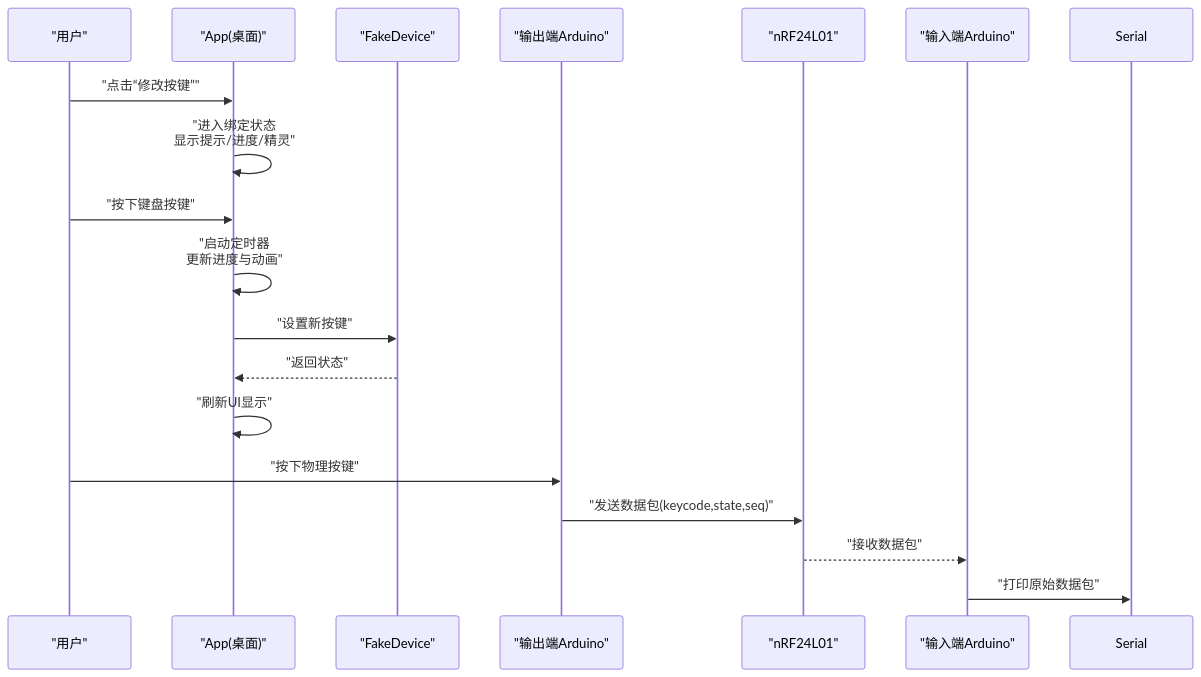
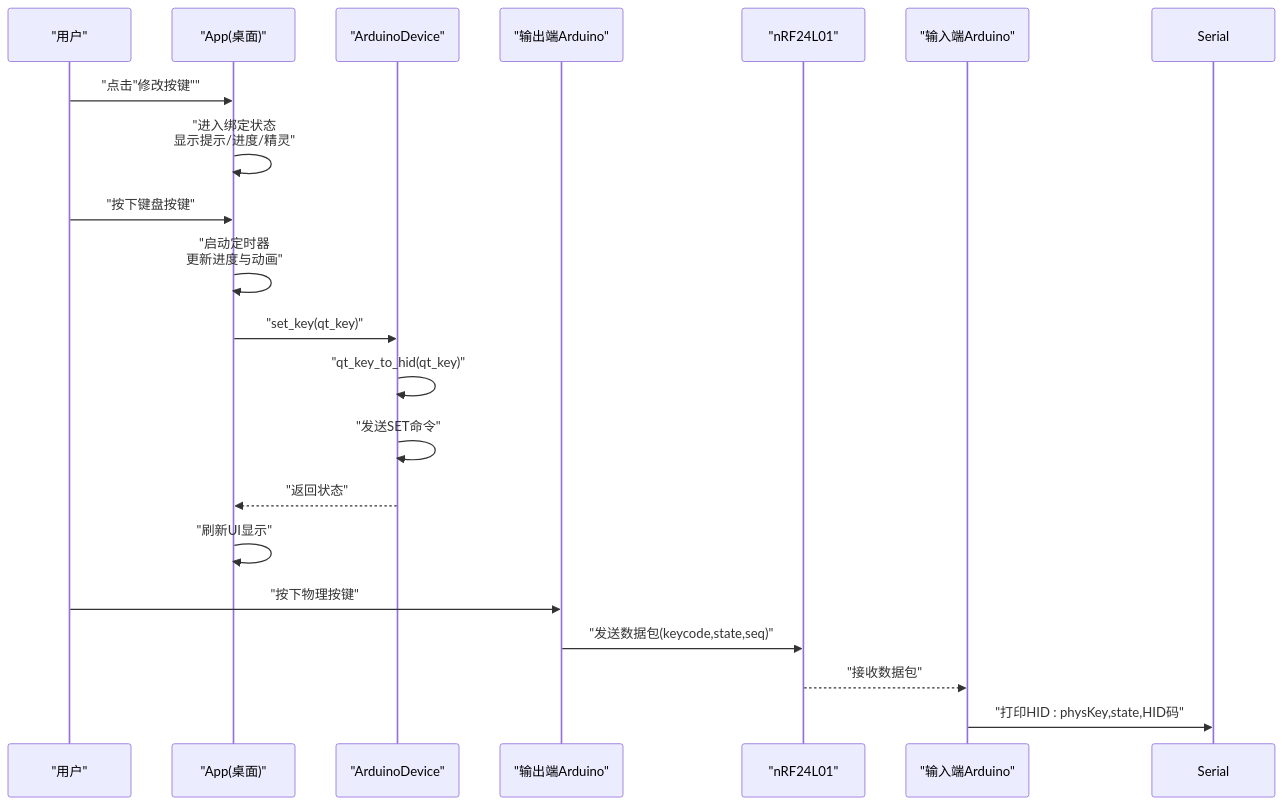
One commit to Hankun-P/wireless-keyboard-toy changed the second of 4 diagrams in .qoder/repowiki/zh/content/开发指南/调试与测试.md. Above: the diagram before and after it, drawn with Mermaid. The commit also changed other lines of this file and 11 other files, not shown here.

````diff
--- a/.qoder/repowiki/zh/content/开发指南/调试与测试.md
+++ b/.qoder/repowiki/zh/content/开发指南/调试与测试.md
@@ -106,20 +123,22 @@
 ```mermaid
 sequenceDiagram
 participant User as "用户"
 participant App as "App(桌面)"
-participant Dev as "FakeDevice"
+participant Dev as "ArduinoDevice"
 participant HW as "输出端Arduino"
 participant Radio as "nRF24L01"
 participant In as "输入端Arduino"
-User->>App : "点击“修改按键”"
+User->>App : "点击"修改按键""
 App->>App : "进入绑定状态<br/>显示提示/进度/精灵"
 User->>App : "按下键盘按键"
 App->>App : "启动定时器<br/>更新进度与动画"
-App->>Dev : "设置新按键"
+App->>Dev : "set_key(qt_key)"
+Dev->>Dev : "qt_key_to_hid(qt_key)"
+Dev->>Dev : "发送SET命令"
 Dev-->>App : "返回状态"
 App->>App : "刷新UI显示"
 User->>HW : "按下物理按键"
 HW->>Radio : "发送数据包(keycode,state,seq)"
 Radio-->>In : "接收数据包"
-In->>Serial : "打印原始数据包"
+In->>Serial : "打印HID : physKey,state,HID码"
 ```
````
